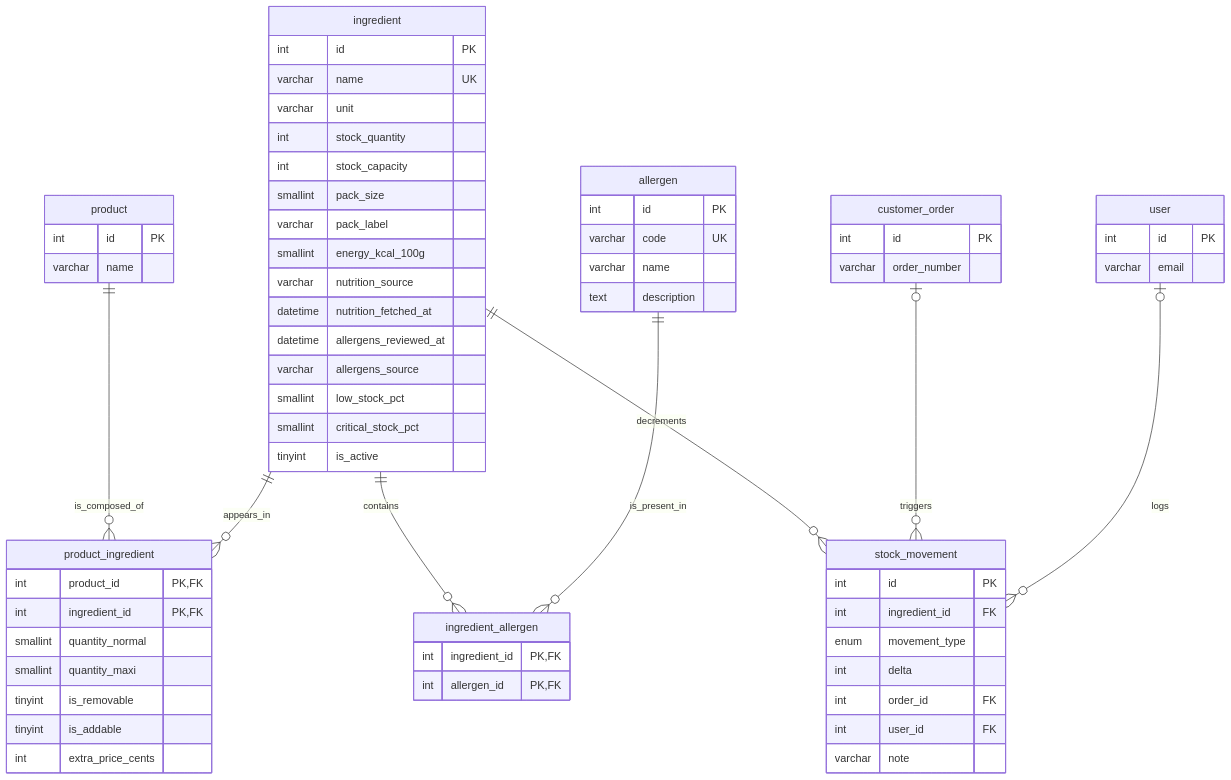
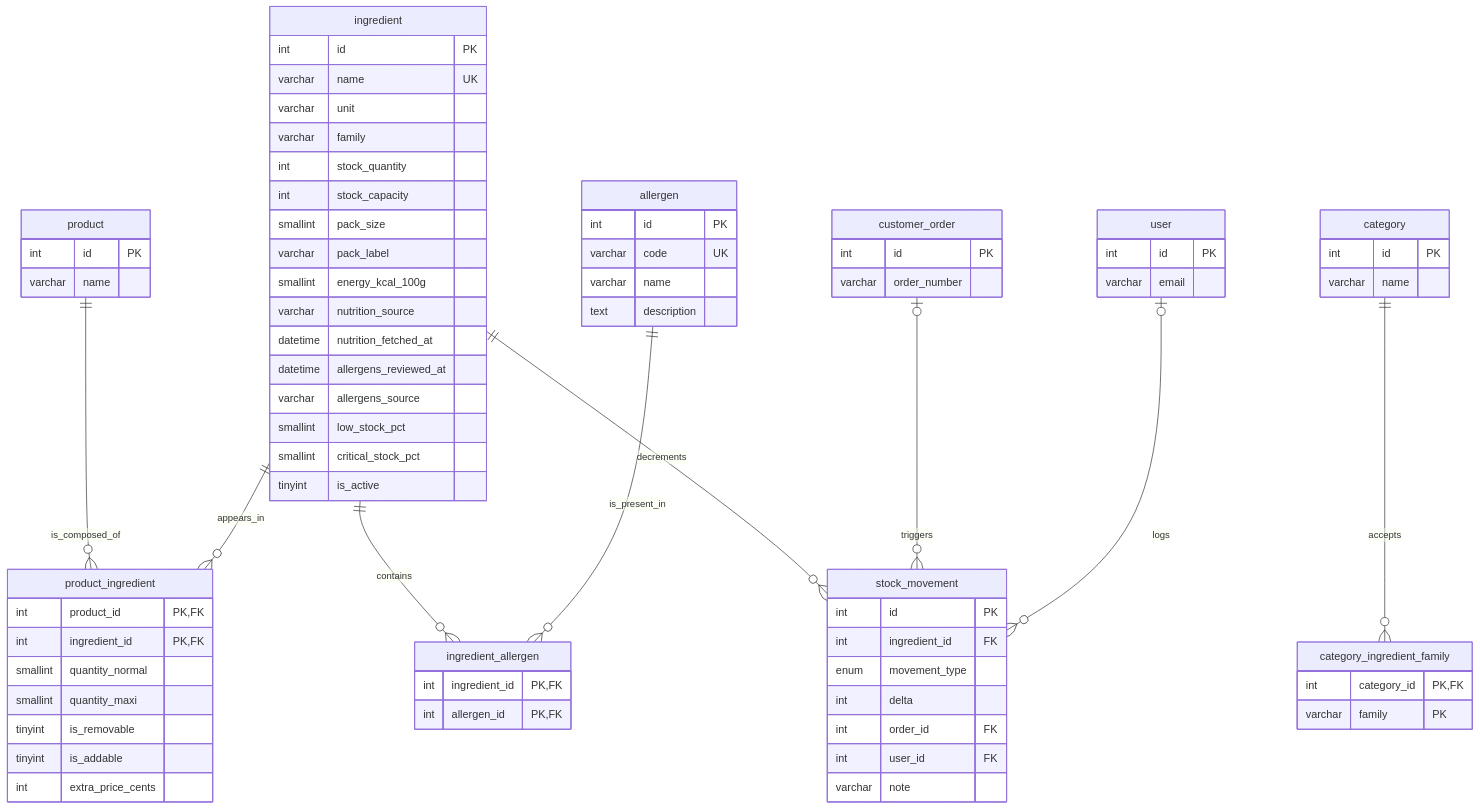
The second of 4 diagrams in docs/merise/mcd.md (AcadeNice/wakdo_corentin), drawn with Mermaid before and after one commit. The commit also changed other lines of this file and 30 other files, not shown here.

First line of the commit message:
feat: classify ingredients by family and filter the recipe picker by product category

````diff
--- a/docs/merise/mcd.md
+++ b/docs/merise/mcd.md
@@ -187,68 +187,78 @@
 ```mermaid
 erDiagram
     product {
         int id PK
         varchar name
     }
     ingredient {
         int id PK
         varchar name UK
         varchar unit
+        varchar family
         int stock_quantity
         int stock_capacity
         smallint pack_size
         varchar pack_label
         smallint energy_kcal_100g
         varchar nutrition_source
         datetime nutrition_fetched_at
         datetime allergens_reviewed_at
         varchar allergens_source
         smallint low_stock_pct
         smallint critical_stock_pct
         tinyint is_active
     }
     product_ingredient {
         int product_id PK,FK
         int ingredient_id PK,FK
         smallint quantity_normal
         smallint quantity_maxi
         tinyint is_removable
         tinyint is_addable
         int extra_price_cents
     }
     allergen {
         int id PK
         varchar code UK
         varchar name
         text description
     }
     ingredient_allergen {
         int ingredient_id PK,FK
         int allergen_id PK,FK
     }
+    category {
+        int id PK
+        varchar name
+    }
+    category_ingredient_family {
+        int category_id PK,FK
+        varchar family PK
+    }
     customer_order {
         int id PK
         varchar order_number
     }
     user {
         int id PK
         varchar email
     }
     stock_movement {
         int id PK
         int ingredient_id FK
         enum movement_type
         int delta
         int order_id FK
         int user_id FK
         varchar note
     }
 
     product ||--o{ product_ingredient : "is_composed_of"
     ingredient ||--o{ product_ingredient : "appears_in"
     ingredient ||--o{ ingredient_allergen : "contains"
     allergen ||--o{ ingredient_allergen : "is_present_in"
     ingredient ||--o{ stock_movement : "decrements"
+    category ||--o{ category_ingredient_family : "accepts"
     customer_order |o--o{ stock_movement : "triggers"
     user |o--o{ stock_movement : "logs"
 ```
````
